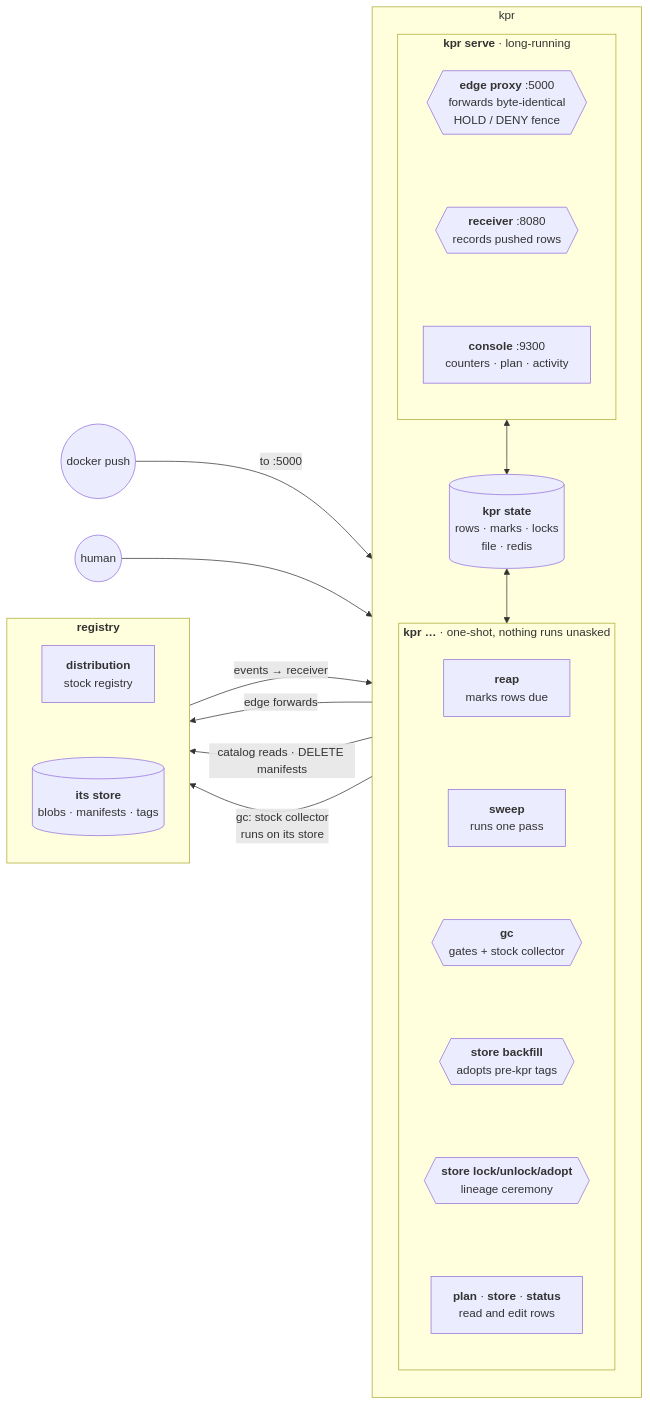
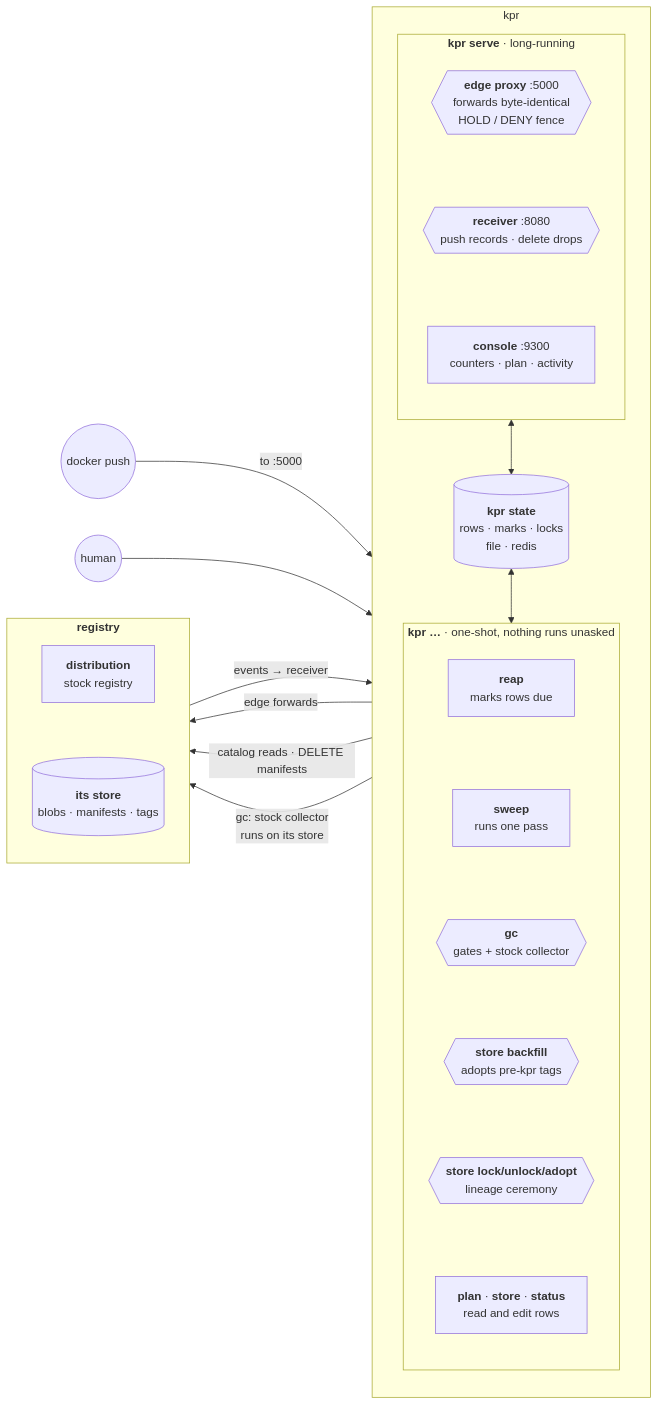
The first of 2 diagrams in docs/ARCHITECTURE.md (noroutine/kpr), drawn with Mermaid before and after one commit. The commit also changed other lines of this file and 79 other files, not shown here.

````diff
--- a/docs/ARCHITECTURE.md
+++ b/docs/ARCHITECTURE.md
@@ -29,42 +29,42 @@
 ```mermaid
 flowchart LR
   dev((docker push)) -- "to :5000" --> kpr
   human((human)) --> kpr
 
   subgraph kpr["kpr"]
     direction TB
 
     subgraph serve["<b>kpr serve</b> · long-running"]
       direction TB
       edge{{"<b>edge proxy</b> :5000<br/>forwards byte-identical<br/>HOLD / DENY fence"}} ~~~
-      recv{{"<b>receiver</b> :8080<br/>records pushed rows"}} ~~~
+      recv{{"<b>receiver</b> :8080<br/>push records · delete drops"}} ~~~
       console["<b>console</b> :9300<br/>counters · plan · activity"]
     end
 
     state[("<b>kpr state</b><br/>rows · marks · locks<br/>file · redis")]
 
     subgraph cli["<b>kpr …</b> · one-shot, nothing runs unasked"]
       direction TB
       reap["<b>reap</b><br/>marks rows due"] ~~~
       sweepcmd["<b>sweep</b><br/>runs one pass"] ~~~
       gcc{{"<b>gc</b><br/>gates + stock collector"}} ~~~
       backfill{{"<b>store backfill</b><br/>adopts pre-kpr tags"}} ~~~
       ceremony{{"<b>store lock/unlock/adopt</b><br/>lineage ceremony"}} ~~~
       rest["<b>plan</b> · <b>store</b> · <b>status</b><br/>read and edit rows"]
     end
 
     serve <--> state
     state <--> cli
   end
 
   subgraph reg["<b>registry</b>"]
     direction TB
     dist["<b>distribution</b><br/>stock registry"] ~~~
     blobs[("<b>its store</b><br/>blobs · manifests · tags")]
   end
 
   kpr -- "edge forwards" --> reg
   reg -- "events → receiver" --> kpr
   kpr -- "catalog reads · DELETE manifests" --> reg
   kpr -- "gc: stock collector<br/>runs on its store" --> reg
 ```
````
